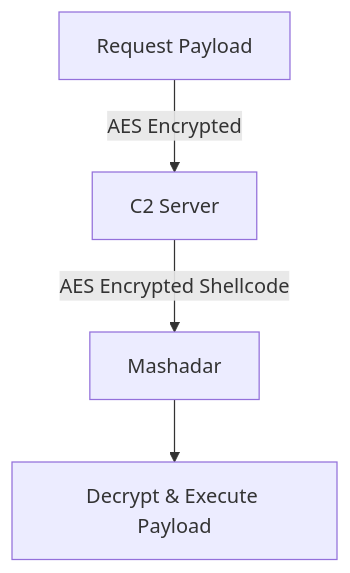
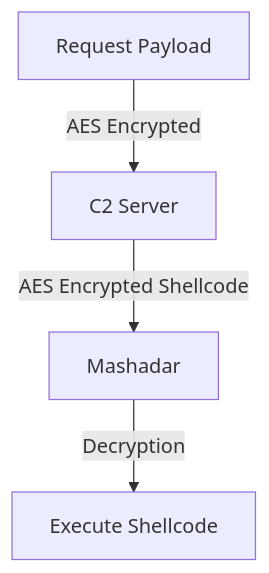
The fourth of 4 diagrams in README.md (CentralArkansasHackers/mashadar), drawn with Mermaid before and after one commit. The commit also changed other lines of this file, not shown here.

Commit message:
mermaid fix

````diff
--- a/README.md
+++ b/README.md
@@ -114,6 +115,6 @@
 ```mermaid
-graph TD
-  A[Request Payload] -->|AES Encrypted| B[C2 Server]
-  B -->|AES Encrypted Shellcode| C[Mashadar]
-  C --> D[Decrypt & Execute Payload]
+graph TD;
+    A[Request Payload] -->|AES Encrypted| B[C2 Server]
+    B -->|AES Encrypted Shellcode| C[Mashadar]
+    C -->|Decryption| D[Execute Shellcode]
 ```
````
